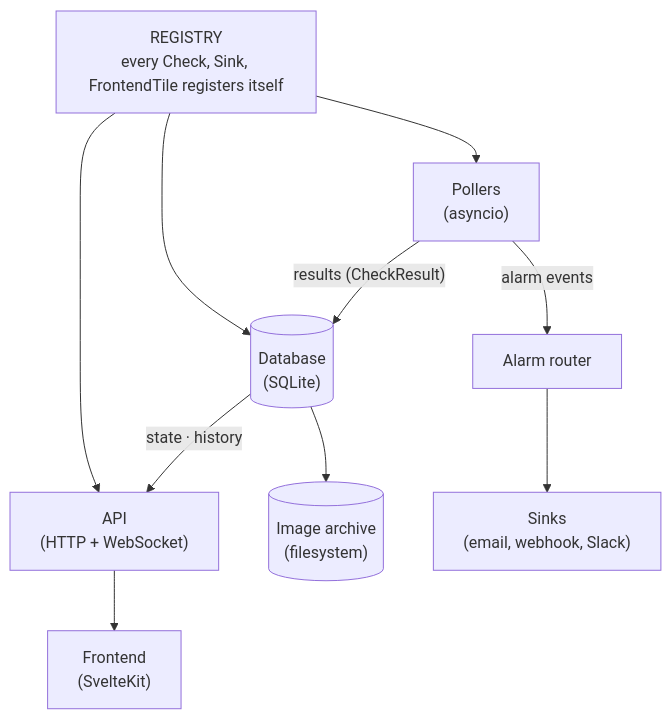
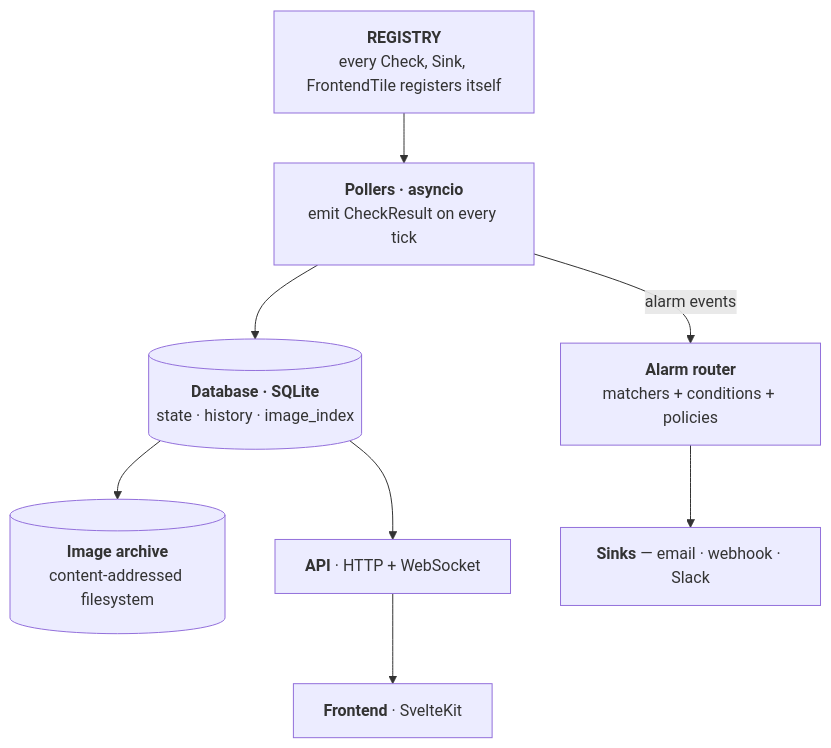
The first of 5 diagrams in docs/radarca-implementation-plan.md (jkmesches/AQPI-Sentinel), drawn with Mermaid before and after one commit. The commit also changed other lines of this file and 7 other files, not shown here.

````diff
--- a/docs/radarca-implementation-plan.md
+++ b/docs/radarca-implementation-plan.md
@@ -50,21 +50,15 @@
 ```mermaid
 flowchart TB
-    registry["REGISTRY<br/>every Check, Sink, FrontendTile registers itself"]
-    pollers["Pollers<br/>(asyncio)"]
-    db[("Database<br/>(SQLite)")]
-    api["API<br/>(HTTP + WebSocket)"]
-    router["Alarm router"]
-    archive[("Image archive<br/>(filesystem)")]
-    frontend["Frontend<br/>(SvelteKit)"]
-    sinks["Sinks<br/>(email, webhook, Slack)"]
+    registry["<b>REGISTRY</b><br/>every Check, Sink, FrontendTile registers itself"]
+    pollers["<b>Pollers · asyncio</b><br/>emit CheckResult on every tick"]
+    db[("<b>Database · SQLite</b><br/>state · history · image_index")]
+    archive[("<b>Image archive</b><br/>content-addressed filesystem")]
+    router["<b>Alarm router</b><br/>matchers + conditions + policies"]
+    sinks["<b>Sinks</b> — email · webhook · Slack"]
+    api["<b>API</b> · HTTP + WebSocket"]
+    frontend["<b>Frontend</b> · SvelteKit"]
 
-    registry --> pollers
-    registry --> db
-    registry --> api
-    pollers -- "results (CheckResult)" --> db
-    pollers -- "alarm events" --> router
-    db -- "state · history" --> api
-    db --> archive
-    api --> frontend
-    router --> sinks
+    registry --> pollers --> db --> archive
+    pollers -- "alarm events" --> router --> sinks
+    db --> api --> frontend
 ```
````
